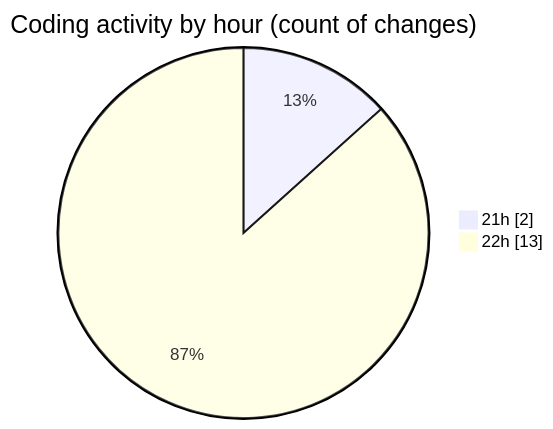
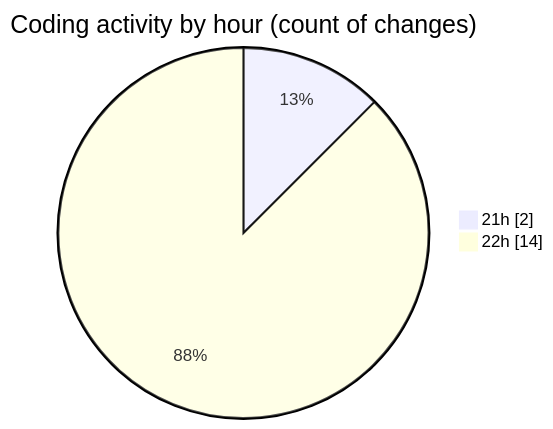
One commit to Elitesun/code-tracking changed the second of 2 diagrams in 2025-02-20/projet/README.md. Above: the diagram before and after it, drawn with Mermaid. The commit also changed other lines of this file and 1 other file, not shown here.

````diff
--- a/2025-02-20/projet/README.md
+++ b/2025-02-20/projet/README.md
@@ -33,6 +33,6 @@
 ```mermaid
 pie showData
 title Coding activity by hour (count of changes)
 "21h" : 2
-"22h" : 13
+"22h" : 14
 ```
````
